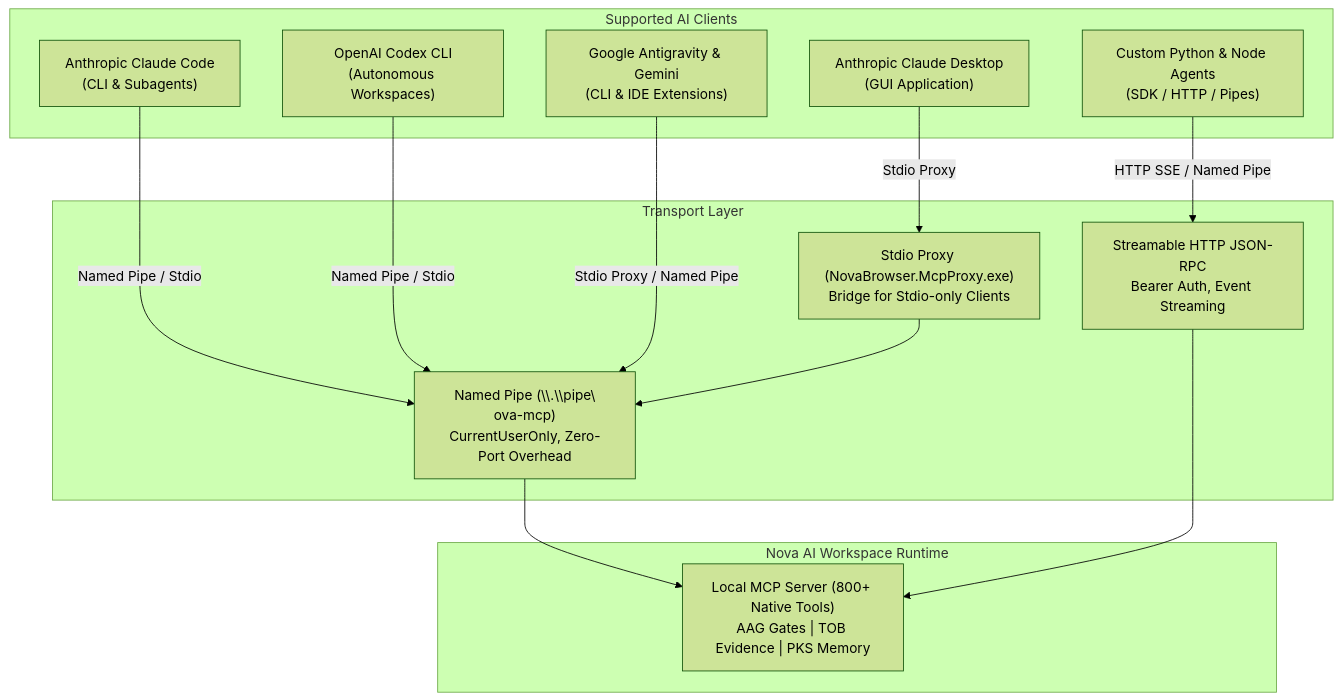
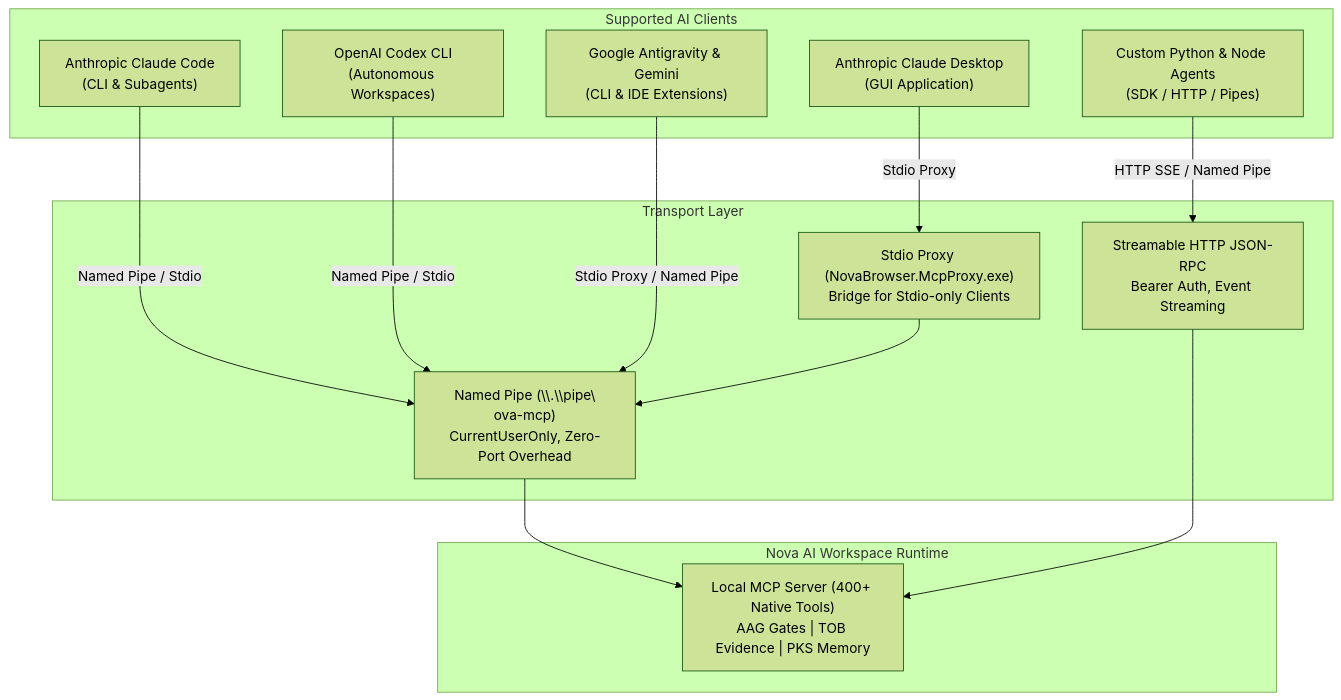
The diagram in docs/integration/README.md (joelaniol/nova), drawn with Mermaid (forest theme) before and after one commit. The commit also changed 25 other files, not shown here.

Commit message:
docs: index for the tool pages, installation guide matches the real setup, consistent tool count, diagram line breaks, legal notice renamed

````diff
--- a/docs/integration/README.md
+++ b/docs/integration/README.md
@@ -11,30 +11,30 @@
 ```mermaid
 flowchart TD
     subgraph Clients["Supported AI Clients"]
-        CC["Anthropic Claude Code\n(CLI & Subagents)"]
-        CD["Anthropic Claude Desktop\n(GUI Application)"]
-        Codex["OpenAI Codex CLI\n(Autonomous Workspaces)"]
-        AGY["Google Antigravity & Gemini\n(CLI & IDE Extensions)"]
-        Custom["Custom Python & Node Agents\n(SDK / HTTP / Pipes)"]
+        CC["Anthropic Claude Code<br>(CLI & Subagents)"]
+        CD["Anthropic Claude Desktop<br>(GUI Application)"]
+        Codex["OpenAI Codex CLI<br>(Autonomous Workspaces)"]
+        AGY["Google Antigravity & Gemini<br>(CLI & IDE Extensions)"]
+        Custom["Custom Python & Node Agents<br>(SDK / HTTP / Pipes)"]
     end
 
     subgraph Transports["Transport Layer"]
-        Pipe["Named Pipe (\\.\\pipe\\nova-mcp)\nCurrentUserOnly, Zero-Port Overhead"]
-        Stdio["Stdio Proxy (NovaBrowser.McpProxy.exe)\nBridge for Stdio-only Clients"]
-        Http["Streamable HTTP JSON-RPC\nBearer Auth, Event Streaming"]
+        Pipe["Named Pipe (\\.\\pipe\\nova-mcp)<br>CurrentUserOnly, Zero-Port Overhead"]
+        Stdio["Stdio Proxy (NovaBrowser.McpProxy.exe)<br>Bridge for Stdio-only Clients"]
+        Http["Streamable HTTP JSON-RPC<br>Bearer Auth, Event Streaming"]
     end
 
     subgraph Server["Nova AI Workspace Runtime"]
-        Core["Local MCP Server (800+ Native Tools)\nAAG Gates | TOB Evidence | PKS Memory"]
+        Core["Local MCP Server (400+ Native Tools)<br>AAG Gates | TOB Evidence | PKS Memory"]
     end
 
     CC -->|Named Pipe / Stdio| Pipe
     CD -->|Stdio Proxy| Stdio
     Codex -->|Named Pipe / Stdio| Pipe
     AGY -->|Stdio Proxy / Named Pipe| Pipe
     Custom -->|HTTP SSE / Named Pipe| Http
 
     Pipe --> Core
     Stdio --> Pipe
     Http --> Core
 ```
````
